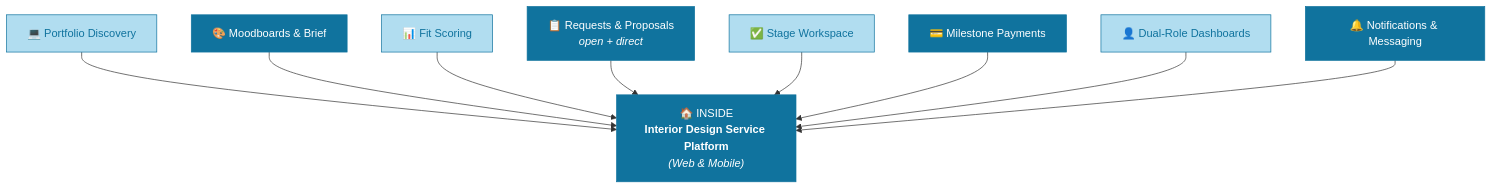
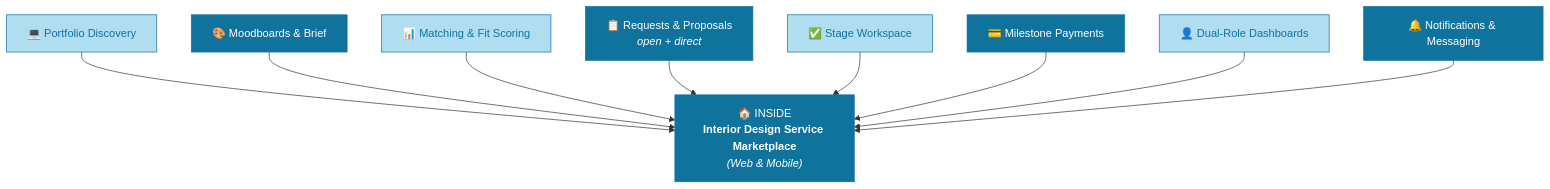
Before and after one commit to MNSBaanu/Inside: the first of 4 diagrams in docs/Proposal/diagrams/architecture-diagrams.md, drawn with Mermaid. The commit also changed other lines of this file and 2 other files, not shown here.

First line of the commit message:
docs(proposal): Update architecture diagrams to reflect marketplace features

````diff
--- a/docs/Proposal/diagrams/architecture-diagrams.md
+++ b/docs/Proposal/diagrams/architecture-diagrams.md
@@ -39,32 +39,32 @@
 ```mermaid
 flowchart TB
-    Hub["🏠 INSIDE<br/><b>Interior Design Service Platform</b><br/><i>(Web & Mobile)</i>"]
+    Hub["🏠 INSIDE<br/><b>Interior Design Service Marketplace</b><br/><i>(Web & Mobile)</i>"]
 
     F1["💻 Portfolio Discovery"]
     F2["🎨 Moodboards & Brief"]
-    F3["📊 Fit Scoring"]
+    F3["📊 Matching & Fit Scoring"]
     F4["📋 Requests & Proposals<br/><i>open + direct</i>"]
     F5["✅ Stage Workspace"]
     F6["💳 Milestone Payments"]
     F7["👤 Dual-Role Dashboards"]
     F8["🔔 Notifications & Messaging"]
 
     F1 --> Hub
     F2 --> Hub
     F3 --> Hub
     F4 --> Hub
     F5 --> Hub
     F6 --> Hub
     F7 --> Hub
     F8 --> Hub
 
     style Hub fill:#10739e,stroke:#10739e,color:#fff
     style F1 fill:#B1DDF0,stroke:#10739e,color:#10739e
     style F2 fill:#10739e,stroke:#10739e,color:#fff
     style F3 fill:#B1DDF0,stroke:#10739e,color:#10739e
     style F4 fill:#10739e,stroke:#10739e,color:#fff
     style F5 fill:#B1DDF0,stroke:#10739e,color:#10739e
     style F6 fill:#10739e,stroke:#10739e,color:#fff
     style F7 fill:#B1DDF0,stroke:#10739e,color:#10739e
     style F8 fill:#10739e,stroke:#10739e,color:#fff
 ```
````
